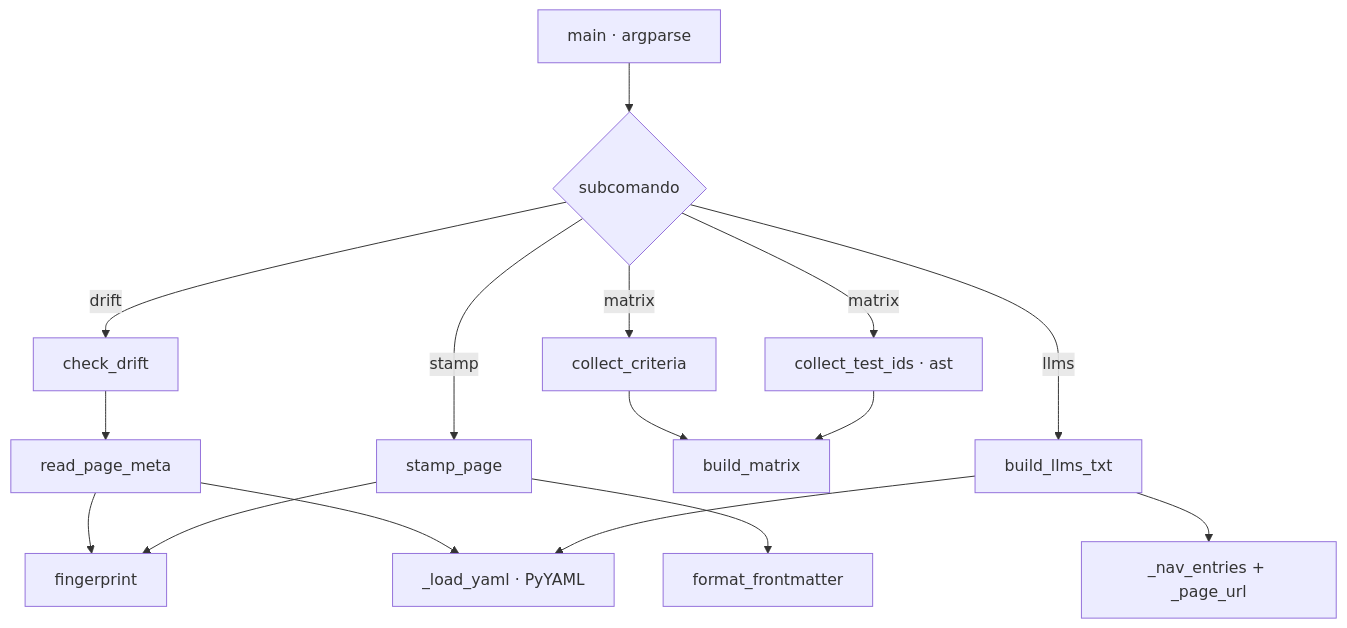
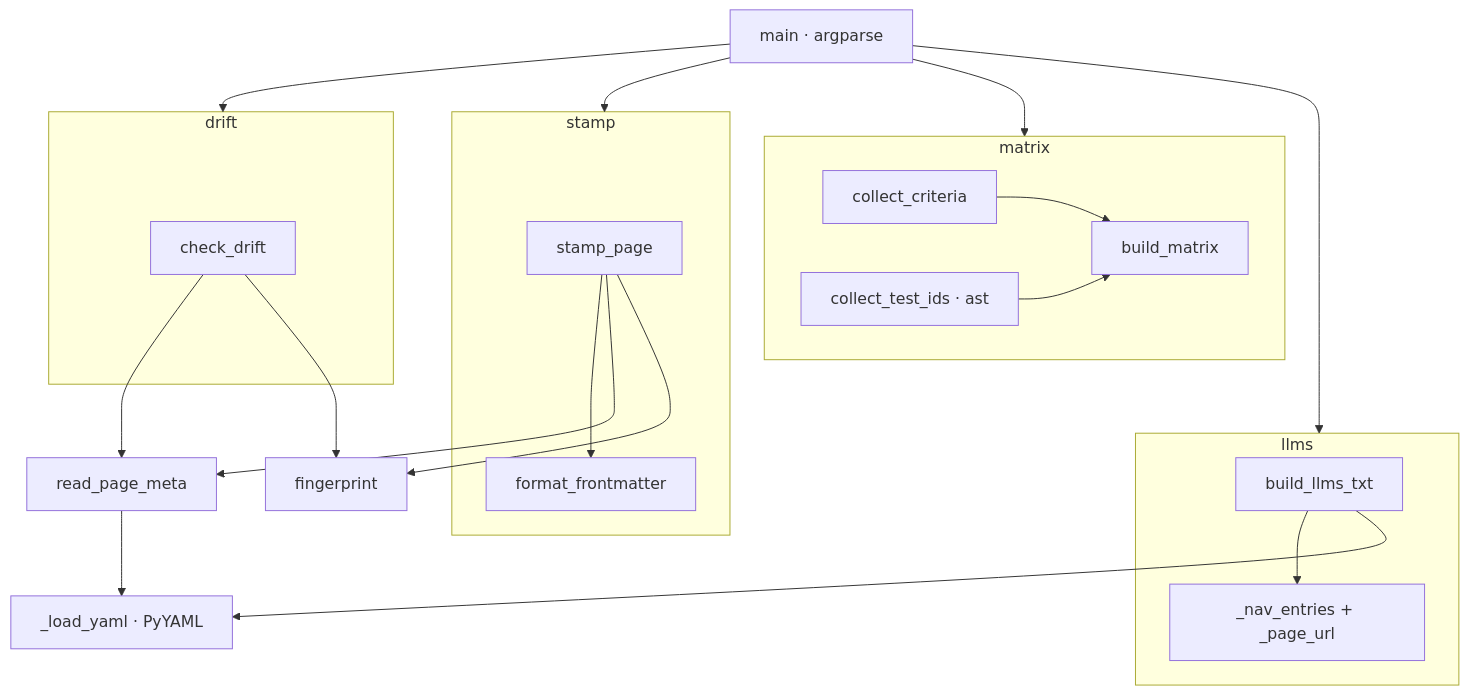
One commit to fmanza/doc_ia changed the diagram in docs/api/doc_trace.md. Above: the diagram before and after it, drawn with Mermaid. The commit also changed 10 other files, not shown here.

First line of the commit message:
docs(diagrams): rediseño de diagramas grandes o duplicados y test de ≤12 nodos

````diff
--- a/docs/api/doc_trace.md
+++ b/docs/api/doc_trace.md
@@ -14,12 +14,22 @@
 ```mermaid
 flowchart TD
-    CLI[main · argparse] --> D{subcomando}
-    D -- drift --> DR[check_drift] --> RM[read_page_meta] --> FP[fingerprint]
-    D -- stamp --> ST[stamp_page] --> FP
-    ST --> FF[format_frontmatter]
-    D -- matrix --> CC[collect_criteria] --> BM[build_matrix]
-    D -- matrix --> CT[collect_test_ids · ast] --> BM
-    D -- llms --> BL[build_llms_txt] --> NV[_nav_entries + _page_url]
-    RM --> Y[_load_yaml · PyYAML]
-    BL --> Y
+    accTitle: Subcomandos de doc_trace y sus funciones
+    accDescr: main despacha a cuatro subcomandos; drift y stamp comparten la lectura del frontmatter y el cálculo de huellas, matrix cruza criterios con los IDs de test y llms recorre el nav; la lectura YAML es común a frontmatter y llms.
+    CLI[main · argparse] --> sdrift & sstamp & smatrix & sllms
+    subgraph sdrift[drift]
+        DR[check_drift]
+    end
+    subgraph sstamp[stamp]
+        ST[stamp_page] --> FF[format_frontmatter]
+    end
+    subgraph smatrix[matrix]
+        CC[collect_criteria] --> BM[build_matrix]
+        CT[collect_test_ids · ast] --> BM
+    end
+    subgraph sllms[llms]
+        BL[build_llms_txt] --> NV[_nav_entries + _page_url]
+    end
+    DR & ST --> RM[read_page_meta]
+    DR & ST --> FP[fingerprint]
+    RM & BL --> Y[_load_yaml · PyYAML]
 ```
````
